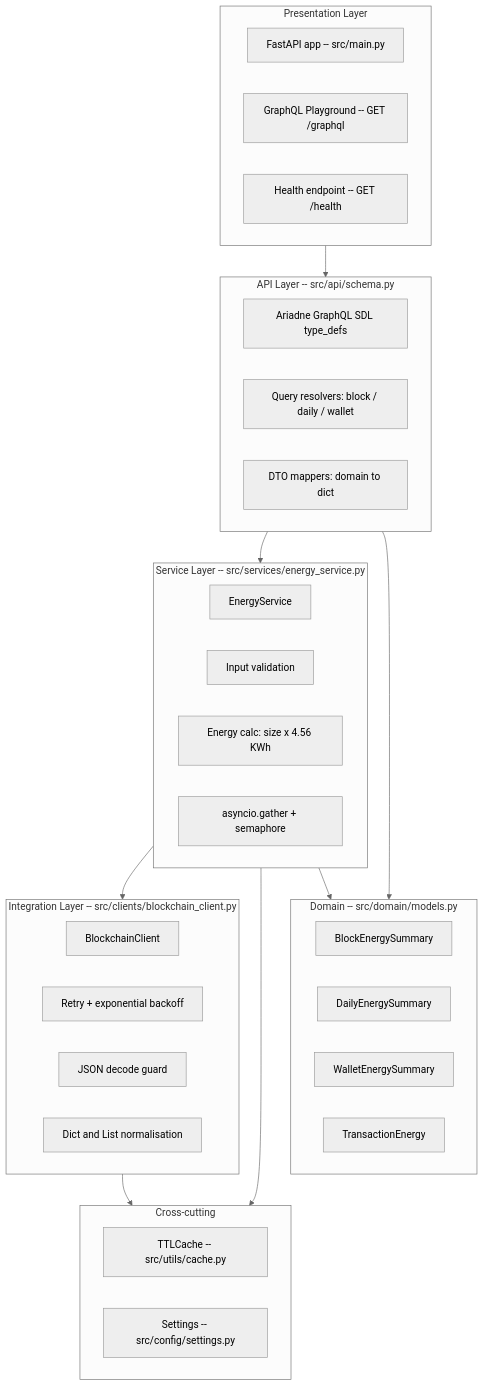
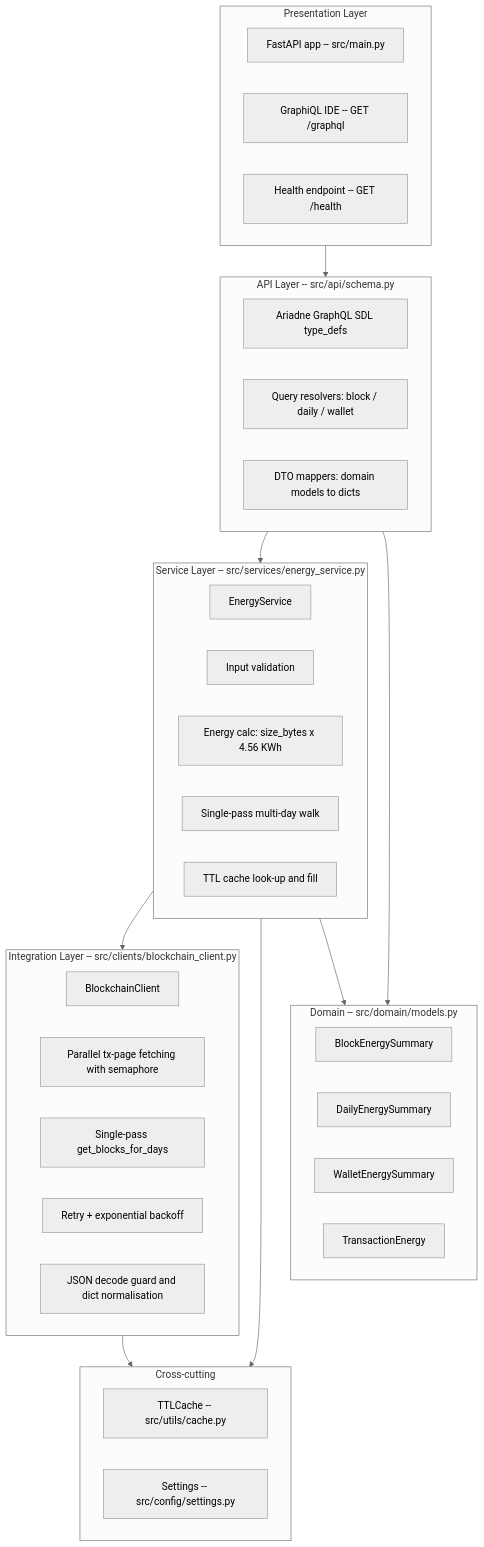
One commit to burakcetindev/sensorfact changed the first of 3 diagrams in docs/architecture.md. Above: the diagram before and after it, drawn with Mermaid (neutral theme). The commit also changed other lines of this file and 23 other files, not shown here.

First line of the commit message:
feat: tests, docstrings, CO2 fields, parallel fetching, perf fixes

````diff
--- a/docs/architecture.md
+++ b/docs/architecture.md
@@ -5,42 +5,44 @@
 ```mermaid
 flowchart TB
     subgraph Presentation["Presentation Layer"]
         P1[FastAPI app -- src/main.py]
-        P2[GraphQL Playground -- GET /graphql]
+        P2[GraphiQL IDE -- GET /graphql]
         P3[Health endpoint -- GET /health]
     end
     subgraph API["API Layer -- src/api/schema.py"]
         A1[Ariadne GraphQL SDL type_defs]
         A2[Query resolvers: block / daily / wallet]
-        A3[DTO mappers: domain to dict]
+        A3[DTO mappers: domain models to dicts]
     end
     subgraph Service["Service Layer -- src/services/energy_service.py"]
         S1[EnergyService]
         S2[Input validation]
-        S3[Energy calc: size x 4.56 KWh]
-        S4[asyncio.gather + semaphore]
+        S3[Energy calc: size_bytes x 4.56 KWh]
+        S4[Single-pass multi-day walk]
+        S5[TTL cache look-up and fill]
     end
     subgraph Client["Integration Layer -- src/clients/blockchain_client.py"]
         C1[BlockchainClient]
-        C2[Retry + exponential backoff]
-        C3[JSON decode guard]
-        C4[Dict and List normalisation]
+        C2[Parallel tx-page fetching with semaphore]
+        C3[Single-pass get_blocks_for_days]
+        C4[Retry + exponential backoff]
+        C5[JSON decode guard and dict normalisation]
     end
     subgraph Cross["Cross-cutting"]
         X1[TTLCache -- src/utils/cache.py]
         X2[Settings -- src/config/settings.py]
     end
     subgraph Domain["Domain -- src/domain/models.py"]
         D1[BlockEnergySummary]
         D2[DailyEnergySummary]
         D3[WalletEnergySummary]
         D4[TransactionEnergy]
     end
     Presentation --> API
     API --> Service
     Service --> Client
     Service --> Cross
     Client --> Cross
     Service --> Domain
     API --> Domain
 ```
````
